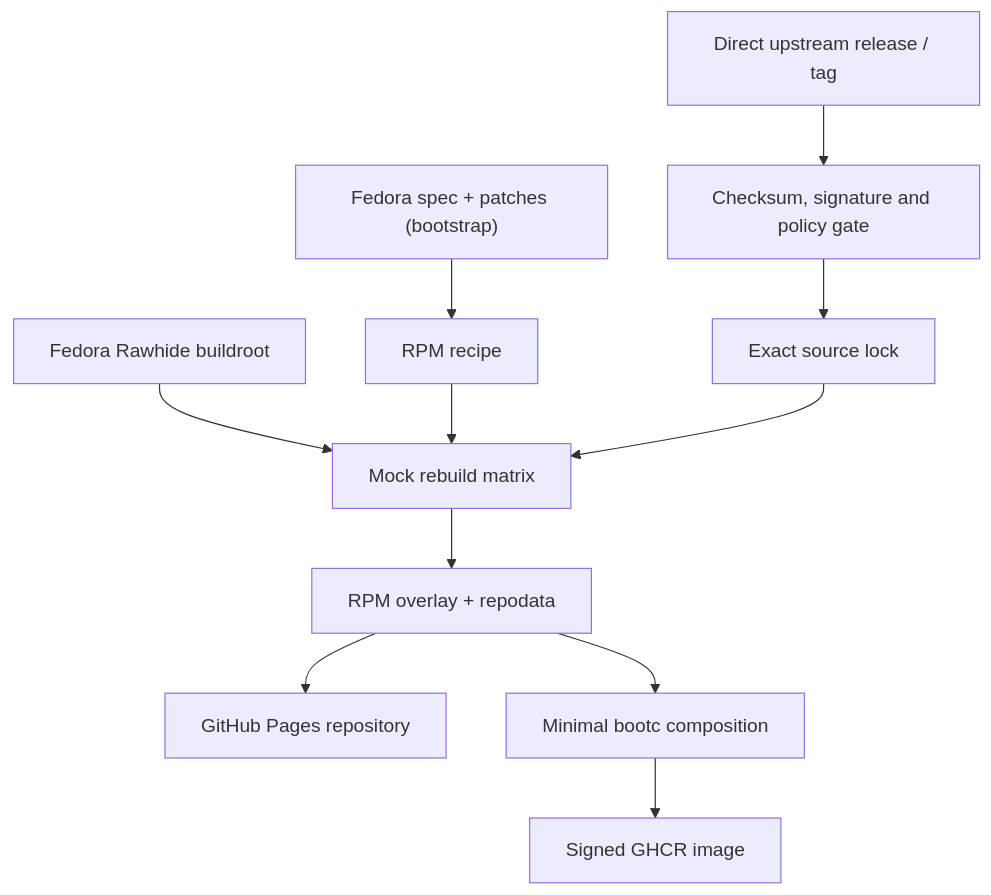
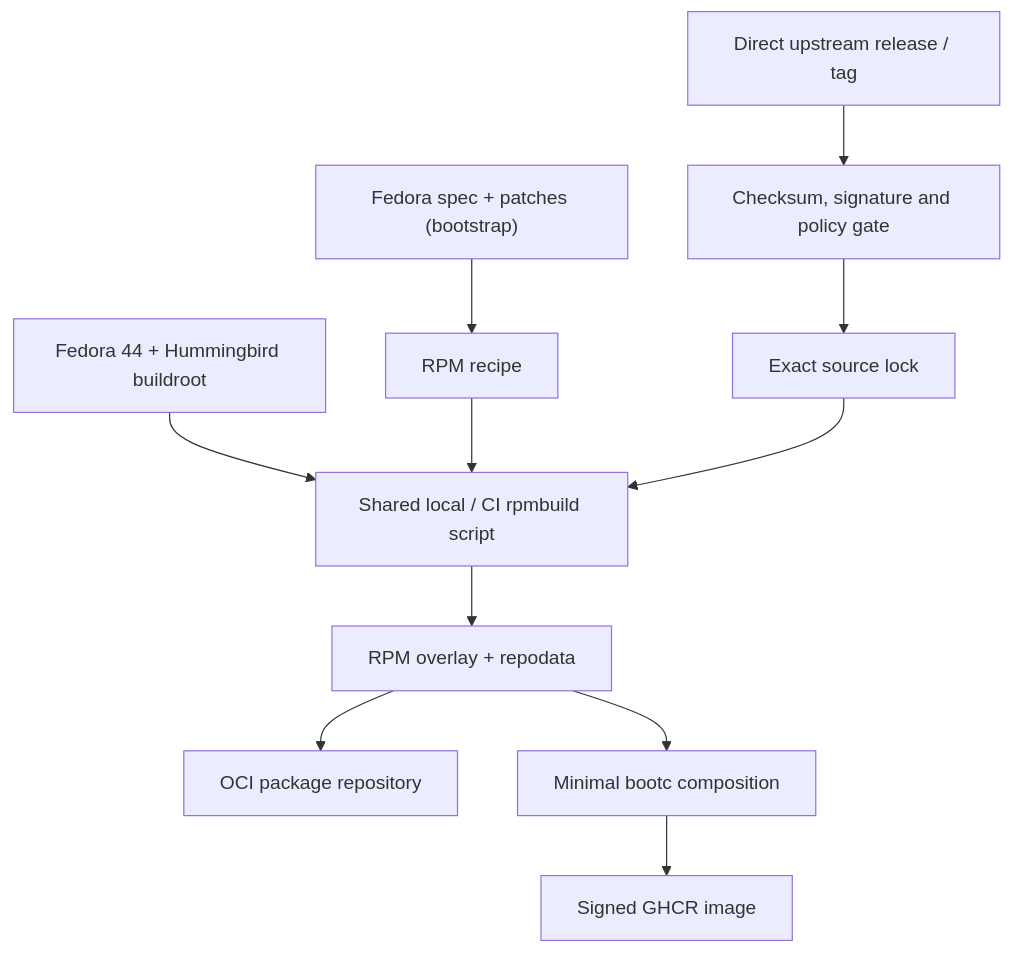
Before and after one commit to projectbluefin/utah-packages: the diagram in docs/architecture.md, drawn with Mermaid. The commit also changed other lines of this file and 13 other files, not shown here.

````diff
--- a/docs/architecture.md
+++ b/docs/architecture.md
@@ -3,13 +3,13 @@
 ```mermaid
 flowchart TD
   Fedora["Fedora spec + patches (bootstrap)"] --> Spec["RPM recipe"]
   Upstream["Direct upstream release / tag"] --> Verify["Checksum, signature and policy gate"]
   Verify --> Lock["Exact source lock"]
-  Rawhide["Fedora Rawhide buildroot"] --> Mock
-  Spec --> Mock["Mock rebuild matrix"]
-  Lock --> Mock
-  Mock --> Repo["RPM overlay + repodata"]
-  Repo --> Pages["GitHub Pages repository"]
+  Root["Fedora 44 + Hummingbird buildroot"] --> Build
+  Spec --> Build["Shared local / CI rpmbuild script"]
+  Lock --> Build
+  Build --> Repo["RPM overlay + repodata"]
+  Repo --> Registry["OCI package repository"]
   Repo --> Bootc["Minimal bootc composition"]
   Bootc --> GHCR["Signed GHCR image"]
 ```
````
